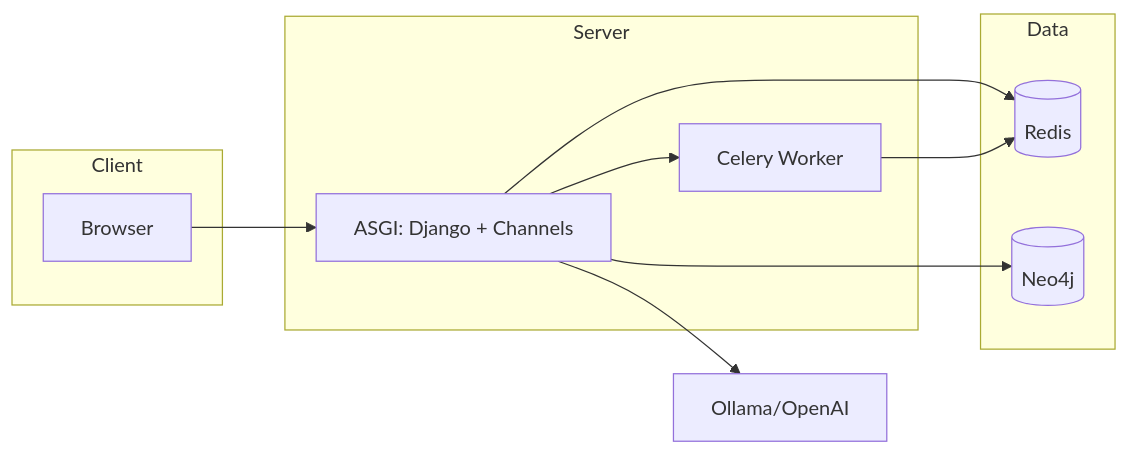
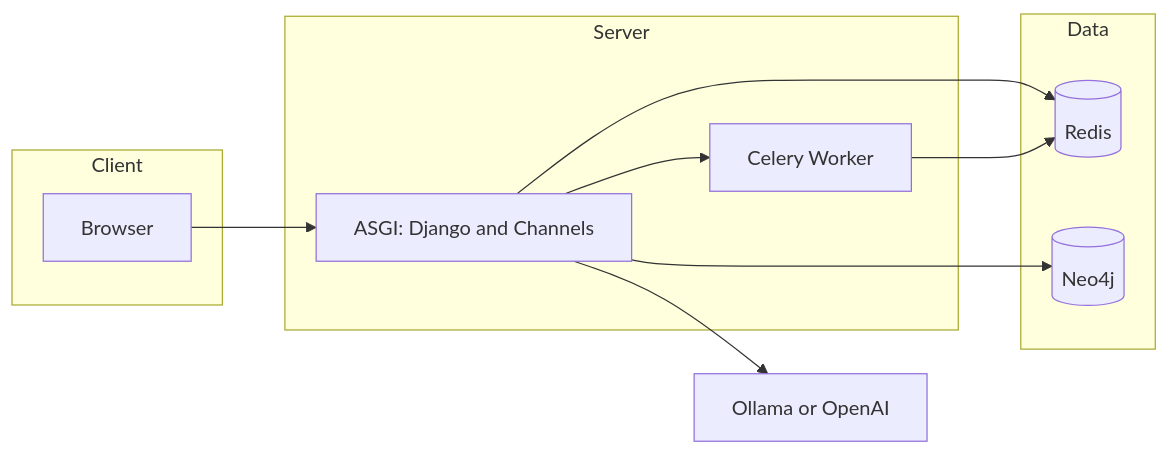
Before and after one commit to personalagile/aiteam: the fifth of 5 diagrams in docs/arc42/arc42.md, drawn with Mermaid. The commit also changed other lines of this file and 1 other file, not shown here.

Commit message:
docs: standardize notation for system components in architecture diagrams

````diff
--- a/docs/arc42/arc42.md
+++ b/docs/arc42/arc42.md
@@ -132,22 +132,22 @@
 ```mermaid
 flowchart LR
   subgraph Client
     Browser[Browser]
   end
   subgraph Server
-    Django[ASGI: Django + Channels]
+    Django[ASGI: Django and Channels]
     CeleryW[Celery Worker]
   end
   subgraph Data
     Redis[(Redis)]
     Neo4j[(Neo4j)]
   end
-  LLM[Ollama/OpenAI]
+  LLM[Ollama or OpenAI]
 
   Browser --> Django
   Django --> Redis
   Django --> Neo4j
   Django --> LLM
   Django --> CeleryW
   CeleryW --> Redis
 ```
````
